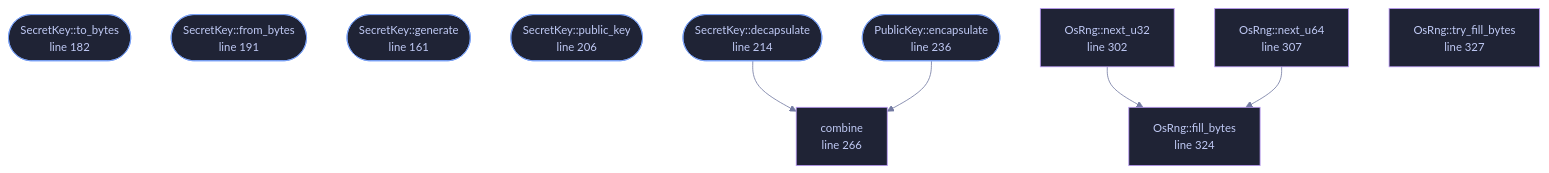
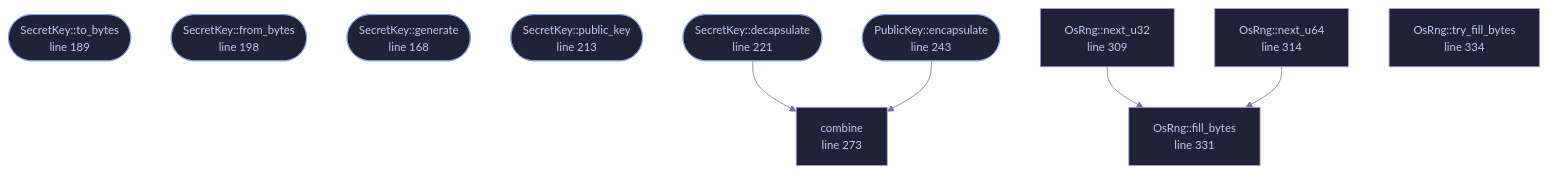
One commit to tilas01/veilvoice changed the diagram in docs/files/veilvoice-crypto/hybrid.md. Above: the diagram before and after it, drawn with Mermaid. The commit also changed other lines of this file and 130 other files, not shown here.

````diff
--- a/docs/files/veilvoice-crypto/hybrid.md
+++ b/docs/files/veilvoice-crypto/hybrid.md
@@ -119,42 +119,42 @@
 ```mermaid
 %%{init: {"theme":"base","themeVariables":{"background":"#1a1b26","primaryColor":"#1f2335","primaryTextColor":"#c0caf5","primaryBorderColor":"#7aa2f7","secondaryColor":"#16161e","tertiaryColor":"#16161e","lineColor":"#737aa2","textColor":"#c0caf5","mainBkg":"#1f2335","nodeBorder":"#7aa2f7","clusterBkg":"#16161e","clusterBorder":"#2f3549","fontFamily":"ui-monospace, SFMono-Regular, Consolas, monospace","fontSize":"14px"}}}%%
 flowchart TD
-    n_to_bytes(["PublicKey::to_bytes<br/>line 111"])
-    n_from_bytes(["PublicKey::from_bytes<br/>line 119"])
-    n_to_bytes(["Encapsulation::to_bytes<br/>line 136"])
-    n_from_bytes(["Encapsulation::from_bytes<br/>line 144"])
-    n_generate(["SecretKey::generate<br/>line 161"])
-    n_to_bytes(["SecretKey::to_bytes<br/>line 182"])
-    n_from_bytes(["SecretKey::from_bytes<br/>line 191"])
-    n_public_key(["SecretKey::public_key<br/>line 206"])
-    n_decapsulate(["SecretKey::decapsulate<br/>line 214"])
-    n_encapsulate(["PublicKey::encapsulate<br/>line 236"])
-    n_combine["combine<br/>line 266"]
-    n_next_u32["OsRng::next_u32<br/>line 302"]
-    n_next_u64["OsRng::next_u64<br/>line 307"]
-    n_fill_bytes["OsRng::fill_bytes<br/>line 324"]
-    n_try_fill_bytes["OsRng::try_fill_bytes<br/>line 327"]
+    n_to_bytes(["PublicKey::to_bytes<br/>line 118"])
+    n_from_bytes(["PublicKey::from_bytes<br/>line 126"])
+    n_to_bytes(["Encapsulation::to_bytes<br/>line 143"])
+    n_from_bytes(["Encapsulation::from_bytes<br/>line 151"])
+    n_generate(["SecretKey::generate<br/>line 168"])
+    n_to_bytes(["SecretKey::to_bytes<br/>line 189"])
+    n_from_bytes(["SecretKey::from_bytes<br/>line 198"])
+    n_public_key(["SecretKey::public_key<br/>line 213"])
+    n_decapsulate(["SecretKey::decapsulate<br/>line 221"])
+    n_encapsulate(["PublicKey::encapsulate<br/>line 243"])
+    n_combine["combine<br/>line 273"]
+    n_next_u32["OsRng::next_u32<br/>line 309"]
+    n_next_u64["OsRng::next_u64<br/>line 314"]
+    n_fill_bytes["OsRng::fill_bytes<br/>line 331"]
+    n_try_fill_bytes["OsRng::try_fill_bytes<br/>line 334"]
     n_decapsulate --> n_combine
     n_encapsulate --> n_combine
     n_next_u32 --> n_fill_bytes
     n_next_u64 --> n_fill_bytes
-    click n_to_bytes href "https://github.com/tilas01/veilvoice/blob/main/crates/veilvoice-crypto/src/hybrid.rs#L111" "open the source"
-    click n_from_bytes href "https://github.com/tilas01/veilvoice/blob/main/crates/veilvoice-crypto/src/hybrid.rs#L119" "open the source"
-    click n_to_bytes href "https://github.com/tilas01/veilvoice/blob/main/crates/veilvoice-crypto/src/hybrid.rs#L136" "open the source"
-    click n_from_bytes href "https://github.com/tilas01/veilvoice/blob/main/crates/veilvoice-crypto/src/hybrid.rs#L144" "open the source"
-    click n_generate href "https://github.com/tilas01/veilvoice/blob/main/crates/veilvoice-crypto/src/hybrid.rs#L161" "open the source"
-    click n_to_bytes href "https://github.com/tilas01/veilvoice/blob/main/crates/veilvoice-crypto/src/hybrid.rs#L182" "open the source"
-    click n_from_bytes href "https://github.com/tilas01/veilvoice/blob/main/crates/veilvoice-crypto/src/hybrid.rs#L191" "open the source"
-    click n_public_key href "https://github.com/tilas01/veilvoice/blob/main/crates/veilvoice-crypto/src/hybrid.rs#L206" "open the source"
-    click n_decapsulate href "https://github.com/tilas01/veilvoice/blob/main/crates/veilvoice-crypto/src/hybrid.rs#L214" "open the source"
-    click n_encapsulate href "https://github.com/tilas01/veilvoice/blob/main/crates/veilvoice-crypto/src/hybrid.rs#L236" "open the source"
-    click n_combine href "https://github.com/tilas01/veilvoice/blob/main/crates/veilvoice-crypto/src/hybrid.rs#L266" "open the source"
-    click n_next_u32 href "https://github.com/tilas01/veilvoice/blob/main/crates/veilvoice-crypto/src/hybrid.rs#L302" "open the source"
-    click n_next_u64 href "https://github.com/tilas01/veilvoice/blob/main/crates/veilvoice-crypto/src/hybrid.rs#L307" "open the source"
-    click n_fill_bytes href "https://github.com/tilas01/veilvoice/blob/main/crates/veilvoice-crypto/src/hybrid.rs#L324" "open the source"
-    click n_try_fill_bytes href "https://github.com/tilas01/veilvoice/blob/main/crates/veilvoice-crypto/src/hybrid.rs#L327" "open the source"
+    click n_to_bytes href "https://github.com/tilas01/veilvoice/blob/main/crates/veilvoice-crypto/src/hybrid.rs#L118" "open the source"
+    click n_from_bytes href "https://github.com/tilas01/veilvoice/blob/main/crates/veilvoice-crypto/src/hybrid.rs#L126" "open the source"
+    click n_to_bytes href "https://github.com/tilas01/veilvoice/blob/main/crates/veilvoice-crypto/src/hybrid.rs#L143" "open the source"
+    click n_from_bytes href "https://github.com/tilas01/veilvoice/blob/main/crates/veilvoice-crypto/src/hybrid.rs#L151" "open the source"
+    click n_generate href "https://github.com/tilas01/veilvoice/blob/main/crates/veilvoice-crypto/src/hybrid.rs#L168" "open the source"
+    click n_to_bytes href "https://github.com/tilas01/veilvoice/blob/main/crates/veilvoice-crypto/src/hybrid.rs#L189" "open the source"
+    click n_from_bytes href "https://github.com/tilas01/veilvoice/blob/main/crates/veilvoice-crypto/src/hybrid.rs#L198" "open the source"
+    click n_public_key href "https://github.com/tilas01/veilvoice/blob/main/crates/veilvoice-crypto/src/hybrid.rs#L213" "open the source"
+    click n_decapsulate href "https://github.com/tilas01/veilvoice/blob/main/crates/veilvoice-crypto/src/hybrid.rs#L221" "open the source"
+    click n_encapsulate href "https://github.com/tilas01/veilvoice/blob/main/crates/veilvoice-crypto/src/hybrid.rs#L243" "open the source"
+    click n_combine href "https://github.com/tilas01/veilvoice/blob/main/crates/veilvoice-crypto/src/hybrid.rs#L273" "open the source"
+    click n_next_u32 href "https://github.com/tilas01/veilvoice/blob/main/crates/veilvoice-crypto/src/hybrid.rs#L309" "open the source"
+    click n_next_u64 href "https://github.com/tilas01/veilvoice/blob/main/crates/veilvoice-crypto/src/hybrid.rs#L314" "open the source"
+    click n_fill_bytes href "https://github.com/tilas01/veilvoice/blob/main/crates/veilvoice-crypto/src/hybrid.rs#L331" "open the source"
+    click n_try_fill_bytes href "https://github.com/tilas01/veilvoice/blob/main/crates/veilvoice-crypto/src/hybrid.rs#L334" "open the source"
     classDef entry fill:#1f2335,stroke:#7aa2f7,color:#c0caf5
     class n_to_bytes,n_from_bytes,n_to_bytes,n_from_bytes,n_generate,n_to_bytes,n_from_bytes,n_public_key,n_decapsulate,n_encapsulate entry
     classDef helper fill:#1f2335,stroke:#bb9af7,color:#c0caf5
     class n_combine,n_next_u32,n_next_u64,n_fill_bytes,n_try_fill_bytes helper
 ```
````
